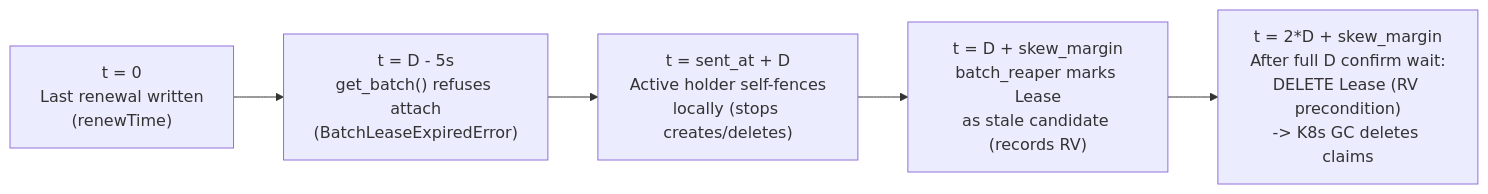
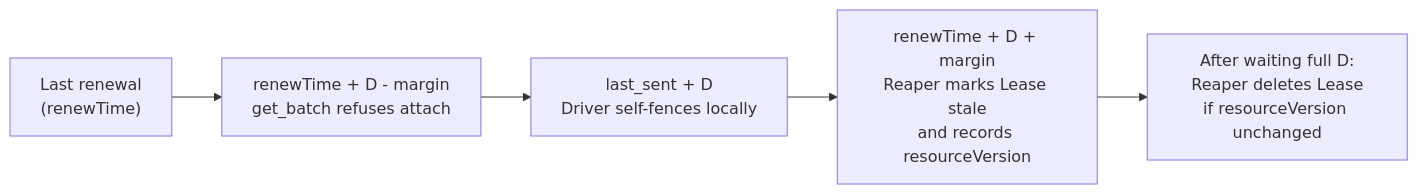
The third of 3 diagrams in batch-primitives/deliverables/batch_claim_proposal_restructured.md (briankhoi/agent-sandbox), drawn with Mermaid before and after one commit. The commit also changed other lines of this file and 2 other files, not shown here.

First line of the commit message:
docs(batch-primitives): tighten Version B design doc scope and readability

````diff
--- a/batch-primitives/deliverables/batch_claim_proposal_restructured.md
+++ b/batch-primitives/deliverables/batch_claim_proposal_restructured.md
@@ -209,7 +248,7 @@
 ```mermaid
 flowchart LR
-    T0["t = 0<br/>Last renewal written<br/>(renewTime)"] --> T1["t = D - 5s<br/>get_batch() refuses attach<br/>(BatchLeaseExpiredError)"]
-    T1 --> T2["t = sent_at + D<br/>Active holder self-fences<br/>locally (stops creates/deletes)"]
-    T2 --> T3["t = D + skew_margin<br/>batch_reaper marks Lease<br/>as stale candidate (records RV)"]
-    T3 --> T4["t = 2*D + skew_margin<br/>After full D confirm wait:<br/>DELETE Lease (RV precondition)<br/>-&gt; K8s GC deletes claims"]
+    T0["Last renewal<br/>(renewTime)"] --> T1["renewTime + D - margin<br/>get_batch refuses attach"]
+    T1 --> T2["last_sent + D<br/>Driver self-fences locally"]
+    T2 --> T3["renewTime + D + margin<br/>Reaper marks Lease stale<br/>and records resourceVersion"]
+    T3 --> T4["After waiting full D:<br/>Reaper deletes Lease<br/>if resourceVersion unchanged"]
 ```
````
